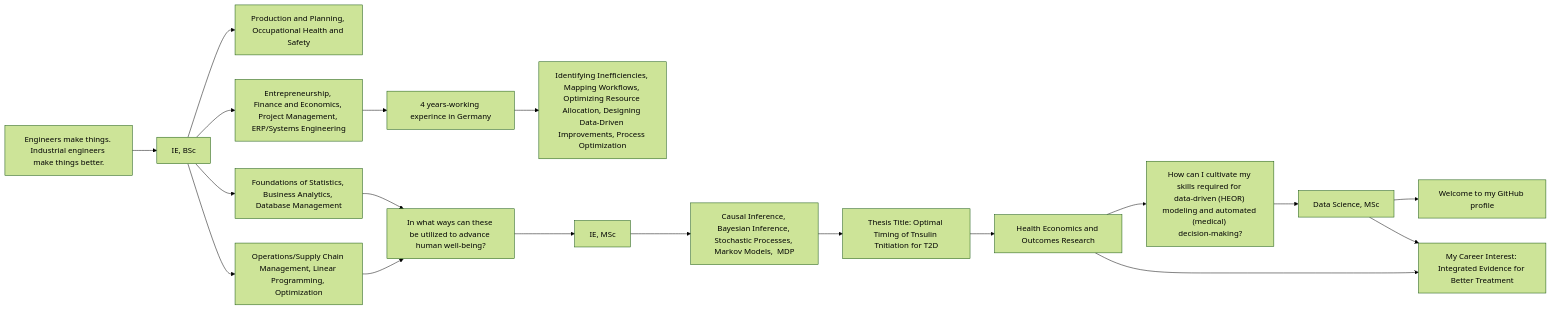
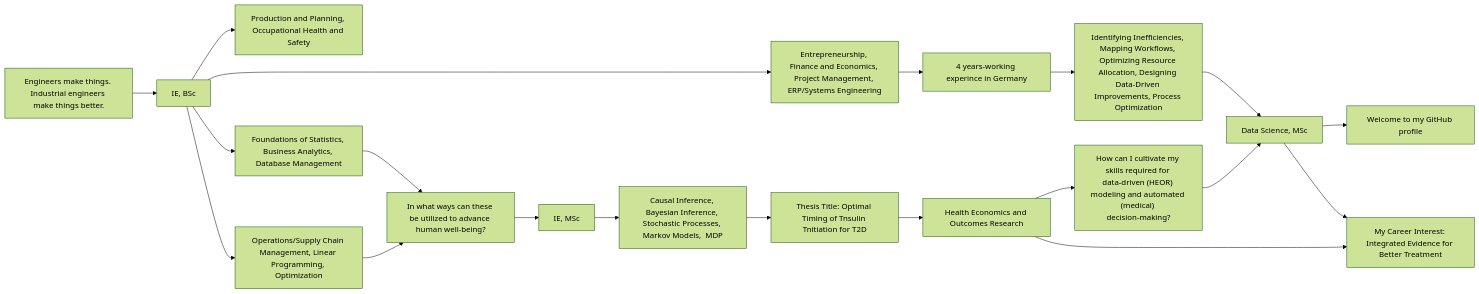
Before and after one commit to eminsin/eminsin: the diagram in README.md, drawn with Mermaid (forest theme).

Commit message:
Fix formatting issues in README.md

````diff
--- a/README.md
+++ b/README.md
@@ -55,21 +55,22 @@
 ```mermaid
 graph LR
     A["Engineers make things. Industrial engineers make things better."] --> B["IE, BSc"];
     B --> C["Production and Planning, Occupational Health and Safety"];
     B --> D["Entrepreneurship, Finance and Economics, Project Management, ERP/Systems Engineering"];
     D --> M["4 years-working experince in Germany"];
     M --> R["Identifying Inefficiencies, Mapping Workflows, Optimizing Resource Allocation, Designing Data-Driven Improvements, Process Optimization"]
     B --> E["Foundations of Statistics, Business Analytics, Database Management"];
     B --> F["Operations/Supply Chain Management, Linear Programming, Optimization"];
     F --> G["In what ways can these be utilized to advance human well‑being?"];
     E --> G;
     G --> H["IE, MSc"];
     H --> I["Causal Inference, Bayesian Inference, Stochastic Processes, Markov Models,  MDP"];
     I --> O["Thesis Title: Optimal Timing of Tnsulin Tnitiation for T2D"];
     O --> N["Health Economics and Outcomes Research"];
     N --> J["How can I cultivate my skills required for data‑driven (HEOR) modeling and automated (medical) decision‑making?"];
     J --> K["Data Science, MSc"];
     K --> L["Welcome to my GitHub profile"];
     N --> P["My Career Interest: Integrated Evidence for Better Treatment"];
     K --> P;
+    R --> K;
 ```
````
